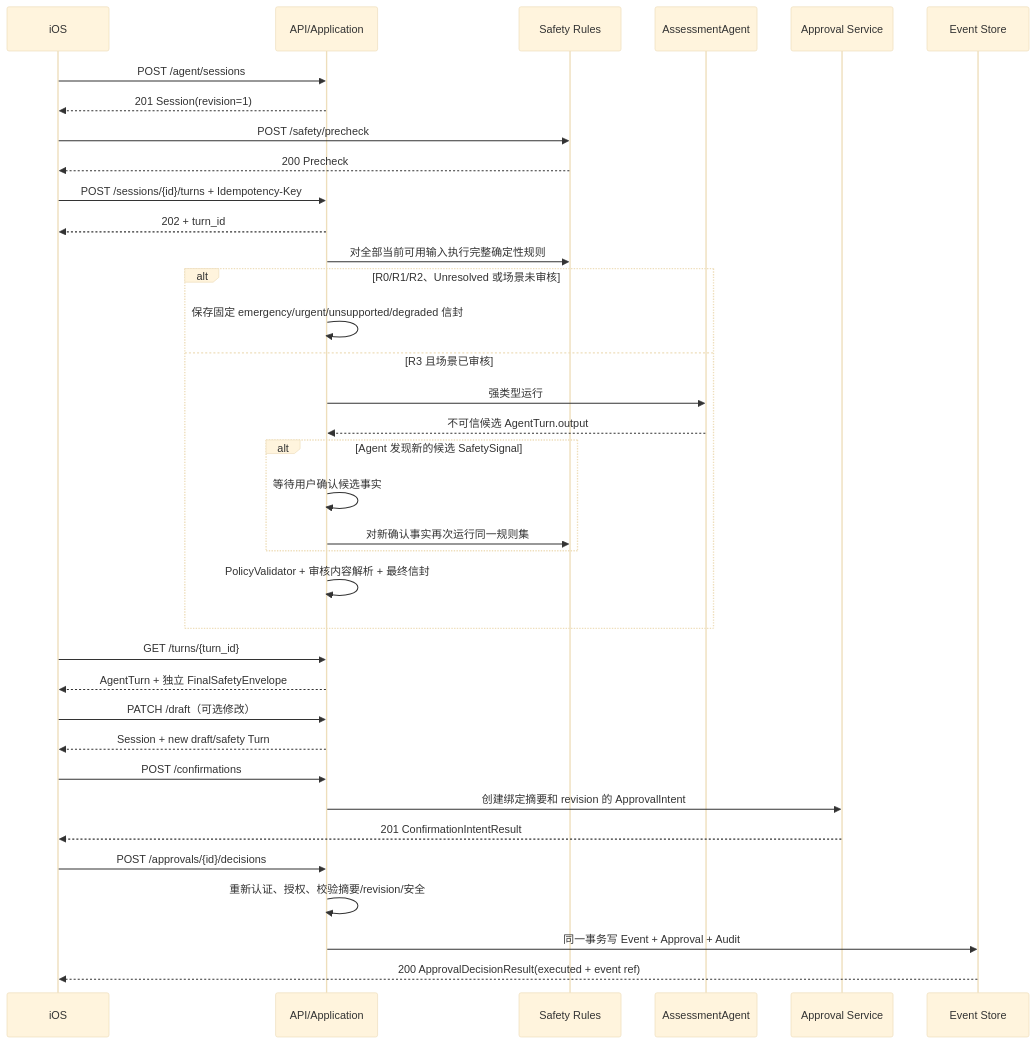
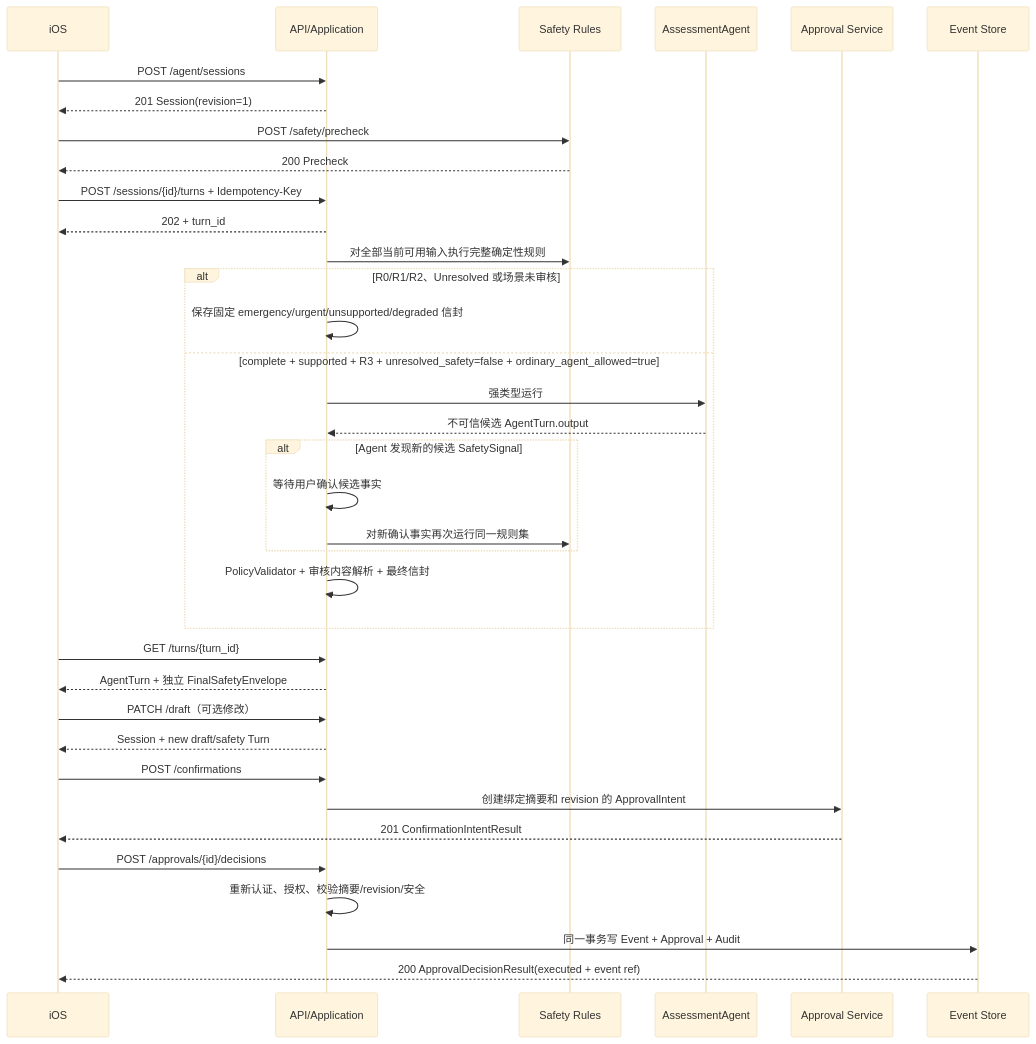
Before and after one commit to liudejua27-blip/doctor: the diagram in docs/07_API_CONTRACT.md, drawn with Mermaid (base theme). The commit also changed other lines of this file and 16 other files, not shown here.

````diff
--- a/docs/07_API_CONTRACT.md
+++ b/docs/07_API_CONTRACT.md
@@ -197,39 +197,39 @@
 ```mermaid
 sequenceDiagram
     participant I as iOS
     participant A as API/Application
     participant S as Safety Rules
     participant G as AssessmentAgent
     participant P as Approval Service
     participant D as Event Store
 
     I->>A: POST /agent/sessions
     A-->>I: 201 Session(revision=1)
     I->>S: POST /safety/precheck
     S-->>I: 200 Precheck
     I->>A: POST /sessions/{id}/turns + Idempotency-Key
     A-->>I: 202 + turn_id
     A->>S: 对全部当前可用输入执行完整确定性规则
     alt R0/R1/R2、Unresolved 或场景未审核
         A->>A: 保存固定 emergency/urgent/unsupported/degraded 信封
-    else R3 且场景已审核
+    else complete + supported + R3 + unresolved_safety=false + ordinary_agent_allowed=true
         A->>G: 强类型运行
         G-->>A: 不可信候选 AgentTurn.output
         alt Agent 发现新的候选 SafetySignal
             A->>A: 等待用户确认候选事实
             A->>S: 对新确认事实再次运行同一规则集
         end
         A->>A: PolicyValidator + 审核内容解析 + 最终信封
     end
     I->>A: GET /turns/{turn_id}
     A-->>I: AgentTurn + 独立 FinalSafetyEnvelope
     I->>A: PATCH /draft（可选修改）
     A-->>I: Session + new draft/safety Turn
     I->>A: POST /confirmations
     A->>P: 创建绑定摘要和 revision 的 ApprovalIntent
     P-->>I: 201 ConfirmationIntentResult
     I->>A: POST /approvals/{id}/decisions
     A->>A: 重新认证、授权、校验摘要/revision/安全
     A->>D: 同一事务写 Event + Approval + Audit
     D-->>I: 200 ApprovalDecisionResult(executed + event ref)
 ```
````
